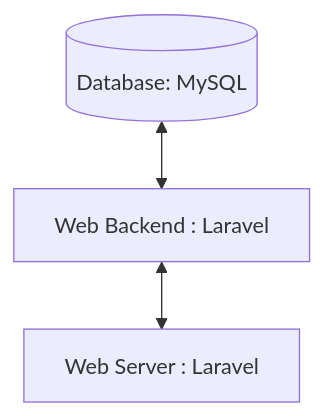
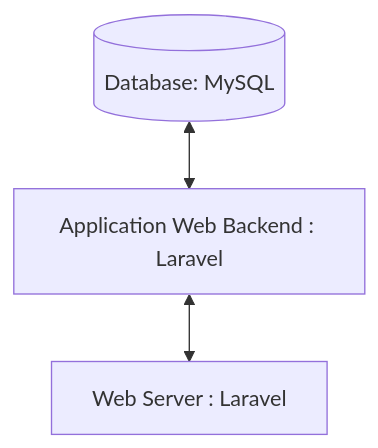
One commit to fatmaar/job-interview.md changed the second of 2 diagrams in README.md. Above: the diagram before and after it, drawn with Mermaid. The commit also changed other lines of this file, not shown here.

````diff
--- a/README.md
+++ b/README.md
@@ -103,4 +103,4 @@
 ```mermaid
 flowchart TD
-    id1[(Database: MySQL)] <--> id2[Web Backend : Laravel] <--> id3[Web Server : Laravel]  
+    id1[(Database: MySQL)] <--> id2[Application Web Backend : Laravel] <--> id3[Web Server : Laravel]  
 ```
````
